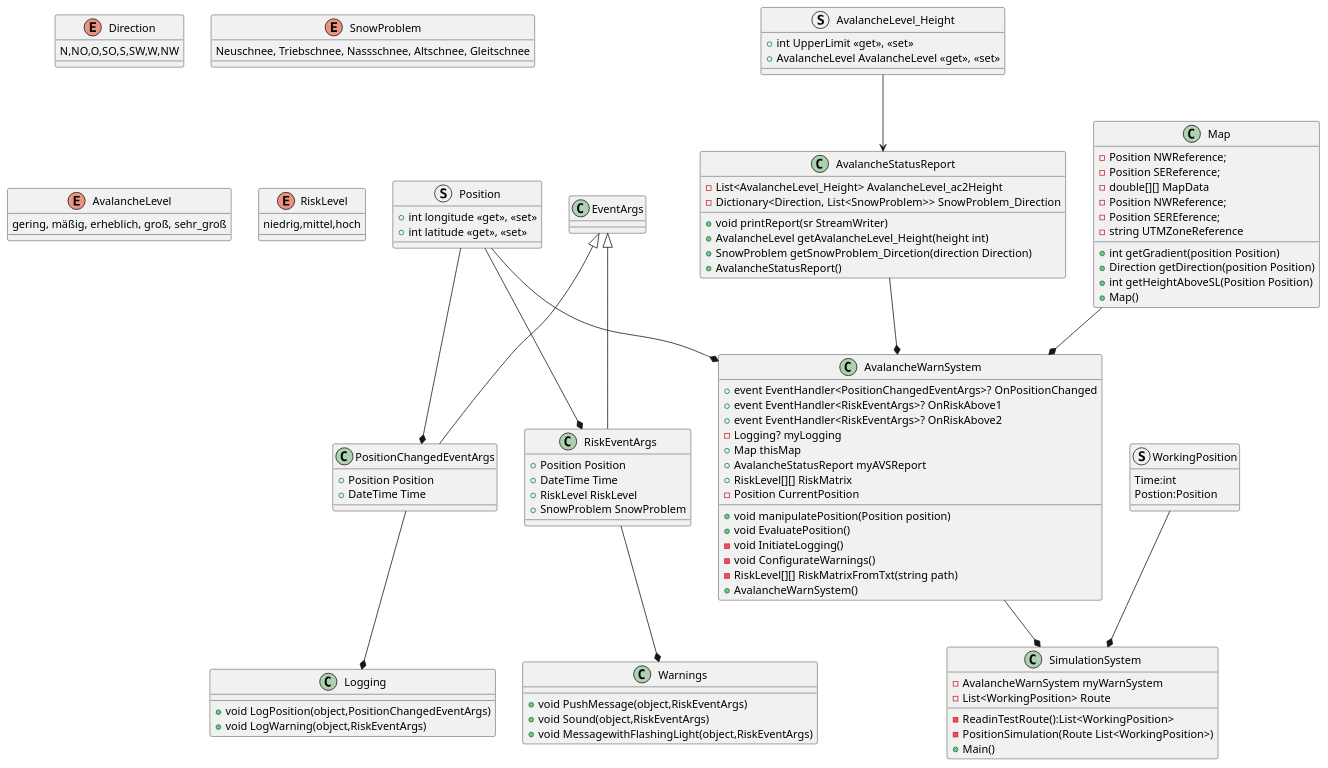
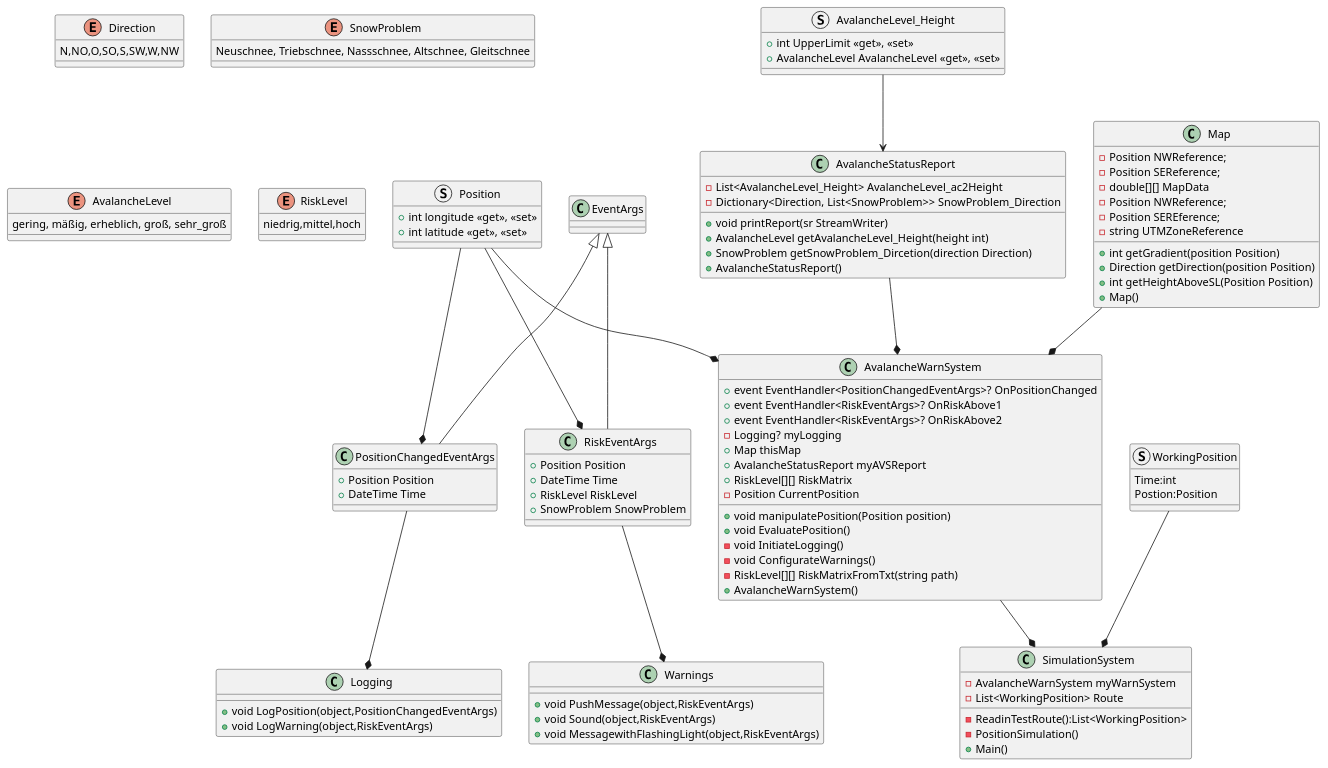
The diagram in ClassDiagram.puml (ganz-anders/poorgrammar), drawn with PlantUML before and after one commit. The commit also changed 1 other file, not shown here.

```diff
--- a/ClassDiagram.puml
+++ b/ClassDiagram.puml
@@ -1,130 +1,130 @@
 @startuml ClassDiagram
 enum Direction
 {
     N,NO,O,SO,S,SW,W,NW
 }
 
 enum SnowProblem
 {
     Neuschnee, Triebschnee, Nassschnee, Altschnee, Gleitschnee
 }
 
 enum AvalancheLevel
 {
     gering, mäßig, erheblich, groß, sehr_groß
 }
 
 enum RiskLevel
 {
     niedrig,mittel,hoch
 }
 
 struct Position
 {
     + int longitude <<get>>, <<set>>
     + int latitude <<get>>, <<set>>
 }
 
 struct AvalancheLevel_Height
 {
     + int UpperLimit <<get>>, <<set>>
     + AvalancheLevel AvalancheLevel <<get>>, <<set>>
 }
 
 class AvalancheStatusReport
 {
     - List<AvalancheLevel_Height> AvalancheLevel_ac2Height
     - Dictionary<Direction, List<SnowProblem>> SnowProblem_Direction
     + void printReport(sr StreamWriter)
     + AvalancheLevel getAvalancheLevel_Height(height int)
     + SnowProblem getSnowProblem_Dircetion(direction Direction)
     + AvalancheStatusReport()
 }
 
 class Map
 {
     - Position NWReference;
     - Position SEReference;
     - double[][] MapData
     - Position NWReference;
     - Position SEREference;
     - string UTMZoneReference
     + int getGradient(position Position)
     + Direction getDirection(position Position)
     + int getHeightAboveSL(Position Position)
     + Map()
 }
 
 class Warnings
 {
     + void PushMessage(object,RiskEventArgs)
     + void Sound(object,RiskEventArgs)
     + void MessagewithFlashingLight(object,RiskEventArgs)
 }
 
 class Logging
 {
     + void LogPosition(object,PositionChangedEventArgs)
     + void LogWarning(object,RiskEventArgs)
 }
 
 class PositionChangedEventArgs
 {
     + Position Position
     + DateTime Time
 }
 
 class RiskEventArgs
 {
     + Position Position
     + DateTime Time
     + RiskLevel RiskLevel
     + SnowProblem SnowProblem
 }
 
 class AvalancheWarnSystem
 {
     + event EventHandler<PositionChangedEventArgs>? OnPositionChanged
     + event EventHandler<RiskEventArgs>? OnRiskAbove1
     + event EventHandler<RiskEventArgs>? OnRiskAbove2
     - Logging? myLogging
     + Map thisMap
     + AvalancheStatusReport myAVSReport
     + RiskLevel[][] RiskMatrix
     - Position CurrentPosition 
     + void manipulatePosition(Position position)
     + void EvaluatePosition()
     - void InitiateLogging()
     - void ConfigurateWarnings()
     - RiskLevel[][] RiskMatrixFromTxt(string path)
     + AvalancheWarnSystem()
 }
 
 struct WorkingPosition
 {
     Time:int
     Postion:Position    
 }
 class SimulationSystem
 {
     - AvalancheWarnSystem myWarnSystem
     - List<WorkingPosition> Route
     - ReadinTestRoute():List<WorkingPosition>
-    - PositionSimulation(Route List<WorkingPosition>)
+    - PositionSimulation()
     + Main()
 }
 
 RiskEventArgs --* Warnings
 PositionChangedEventArgs --* Logging
 EventArgs <|-- RiskEventArgs
 EventArgs <|-- PositionChangedEventArgs
 AvalancheLevel_Height --> AvalancheStatusReport
 Position --* RiskEventArgs
 Position --* PositionChangedEventArgs
 Position --* AvalancheWarnSystem
 AvalancheStatusReport --* AvalancheWarnSystem
 Map --* AvalancheWarnSystem
 AvalancheWarnSystem --* SimulationSystem
 WorkingPosition --* SimulationSystem
 
 @enduml
```
